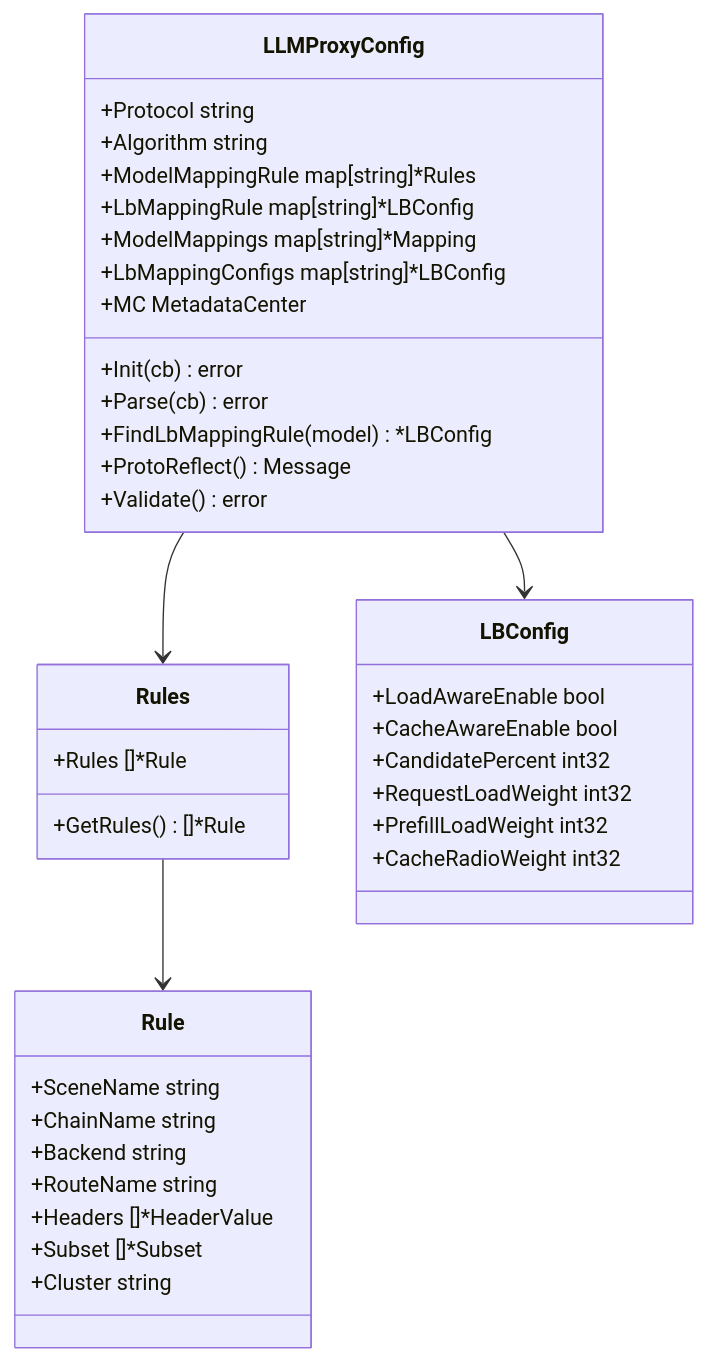
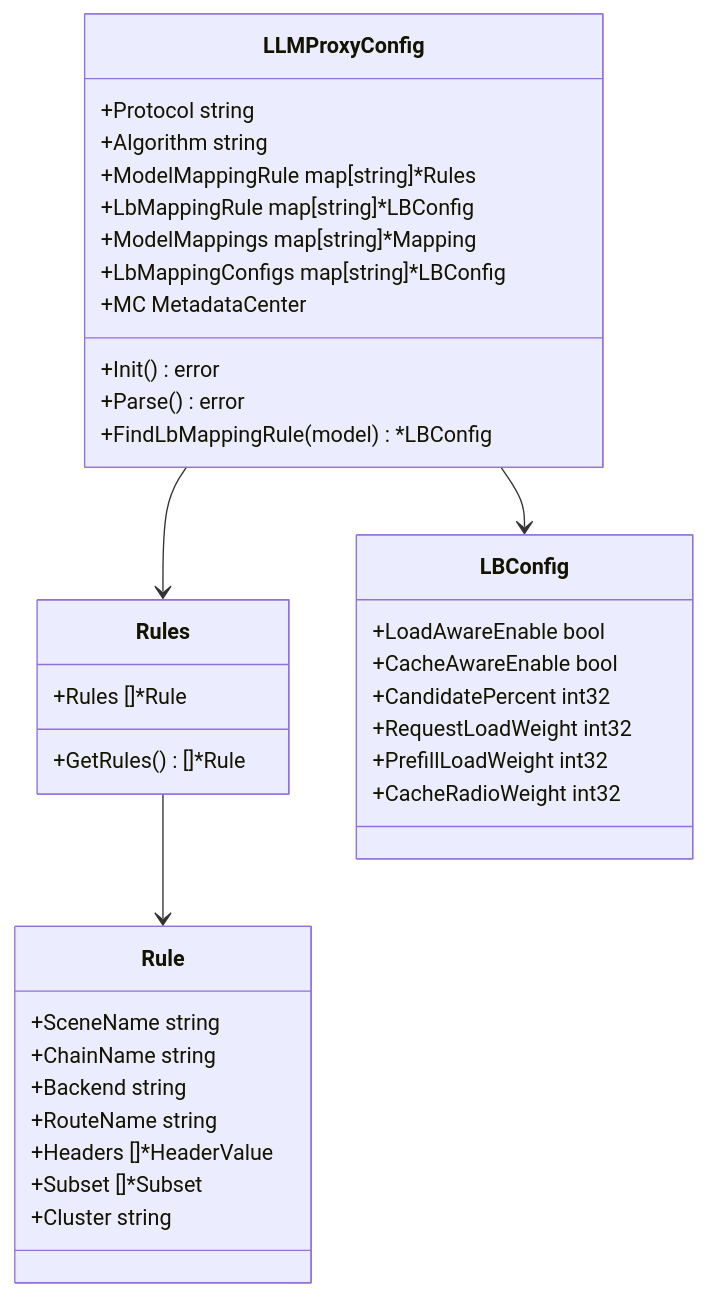
One commit to Erica177/istio-llm-filter changed diagram 16 of 20 in docs/design.md. Above: the diagram before and after it, drawn with Mermaid. The commit also changed other lines of this file and 14 other files, not shown here.

````diff
--- a/docs/design.md
+++ b/docs/design.md
@@ -850,45 +866,43 @@
 ```mermaid
 classDiagram
     class LLMProxyConfig {
         +Protocol string
         +Algorithm string
         +ModelMappingRule map[string]*Rules
         +LbMappingRule map[string]*LBConfig
         +ModelMappings map[string]*Mapping
         +LbMappingConfigs map[string]*LBConfig
         +MC MetadataCenter
-        +Init(cb) error
-        +Parse(cb) error
+        +Init() error
+        +Parse() error
         +FindLbMappingRule(model) *LBConfig
-        +ProtoReflect() Message
-        +Validate() error
     }
     
     class Rules {
         +Rules []*Rule
         +GetRules() []*Rule
     }
     
     class Rule {
         +SceneName string
         +ChainName string
         +Backend string
         +RouteName string
         +Headers []*HeaderValue
         +Subset []*Subset
         +Cluster string
     }
     
     class LBConfig {
         +LoadAwareEnable bool
         +CacheAwareEnable bool
         +CandidatePercent int32
         +RequestLoadWeight int32
         +PrefillLoadWeight int32
         +CacheRadioWeight int32
     }
     
     LLMProxyConfig --> Rules
     LLMProxyConfig --> LBConfig
     Rules --> Rule
 ```
````
